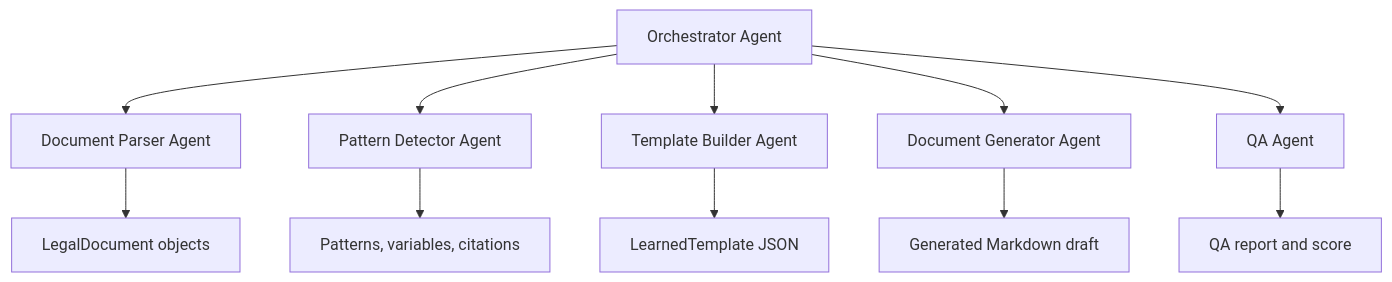
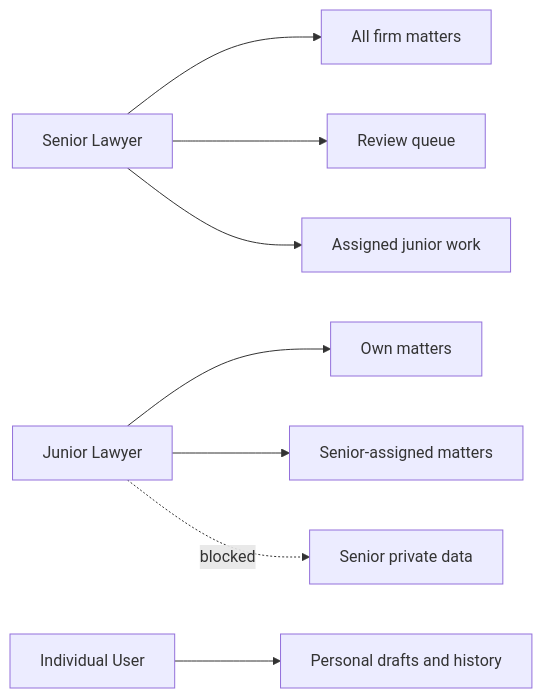
Before and after one commit to HamzaAhmedKhan786/legal-pattern-learning-agent: the fifth of 7 diagrams in legal_pattern_system/docs/architecture.md, drawn with Mermaid. The commit also changed other lines of this file and 26 other files, not shown here.

````diff
--- a/legal_pattern_system/docs/architecture.md
+++ b/legal_pattern_system/docs/architecture.md
@@ -31,13 +194,16 @@
 ```mermaid
-flowchart TD
-    O["Orchestrator Agent"] --> P["Document Parser Agent"]
-    O --> D["Pattern Detector Agent"]
-    O --> T["Template Builder Agent"]
-    O --> G["Document Generator Agent"]
-    O --> Q["QA Agent"]
-    P --> S["LegalDocument objects"]
-    D --> R["Patterns, variables, citations"]
-    T --> L["LearnedTemplate JSON"]
-    G --> M["Generated Markdown draft"]
-    Q --> N["QA report and score"]
+flowchart LR
+    Senior["Senior Lawyer"]
+    Junior["Junior Lawyer"]
+    Individual["Individual User"]
+
+    Senior --> FirmMatter["All firm matters"]
+    Senior --> ReviewQueue["Review queue"]
+    Senior --> AssignedJunior["Assigned junior work"]
+
+    Junior --> OwnMatter["Own matters"]
+    Junior --> AssignedMatter["Senior-assigned matters"]
+    Junior -. blocked .-> SeniorPrivate["Senior private data"]
+
+    Individual --> Personal["Personal drafts and history"]
 ```
````
